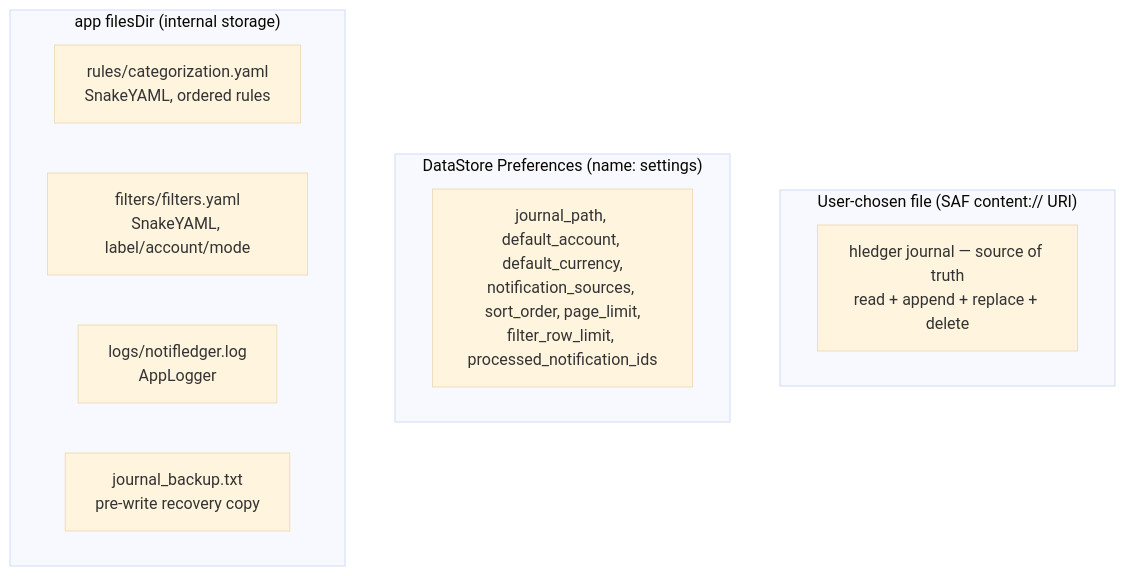
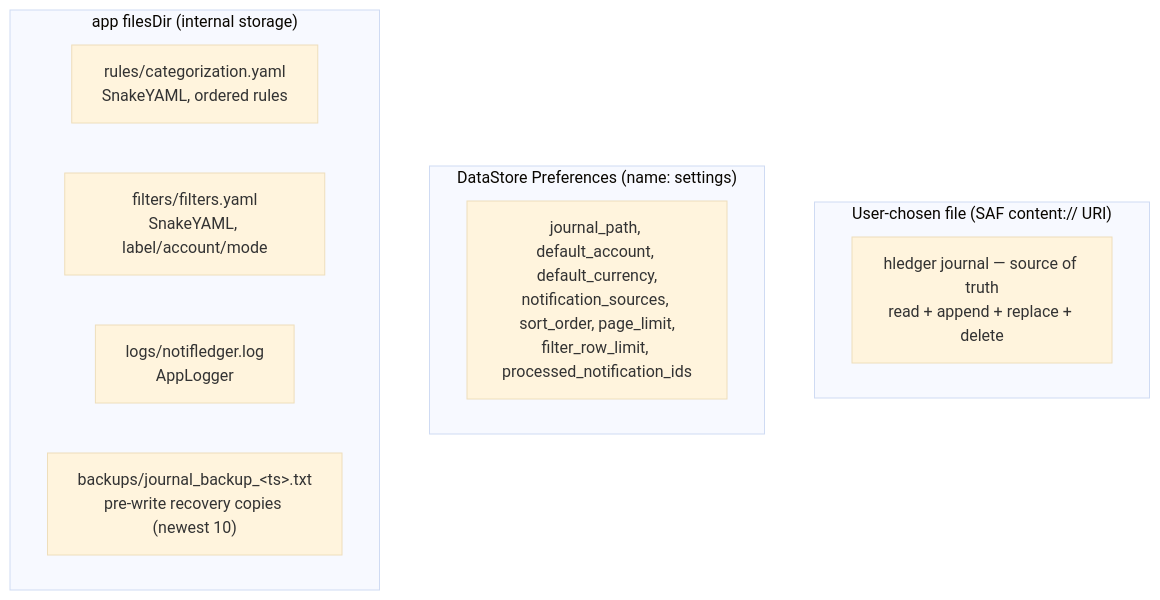
One commit to ukizet/NotifLedger changed the eighth of 8 diagrams in docs/architecture.md. Above: the diagram before and after it, drawn with Mermaid (base theme). The commit also changed other lines of this file and 40 other files, not shown here.

````diff
--- a/docs/architecture.md
+++ b/docs/architecture.md
@@ -308,17 +317,17 @@
 ```mermaid
 flowchart TB
     subgraph saf["User-chosen file (SAF content:// URI)"]
         journal["hledger journal — source of truth<br/>read + append + replace + delete"]
     end
 
     subgraph ds["DataStore Preferences (name: settings)"]
         keys["journal_path, default_account, default_currency,<br/>notification_sources, sort_order, page_limit,<br/>filter_row_limit, processed_notification_ids"]
     end
 
     subgraph internal["app filesDir (internal storage)"]
         rules["rules/categorization.yaml<br/>SnakeYAML, ordered rules"]
         filt["filters/filters.yaml<br/>SnakeYAML, label/account/mode"]
         logs["logs/notifledger.log<br/>AppLogger"]
-        backup["journal_backup.txt<br/>pre-write recovery copy"]
+        backup["backups/journal_backup_&lt;ts&gt;.txt<br/>pre-write recovery copies (newest 10)"]
     end
 ```
````
